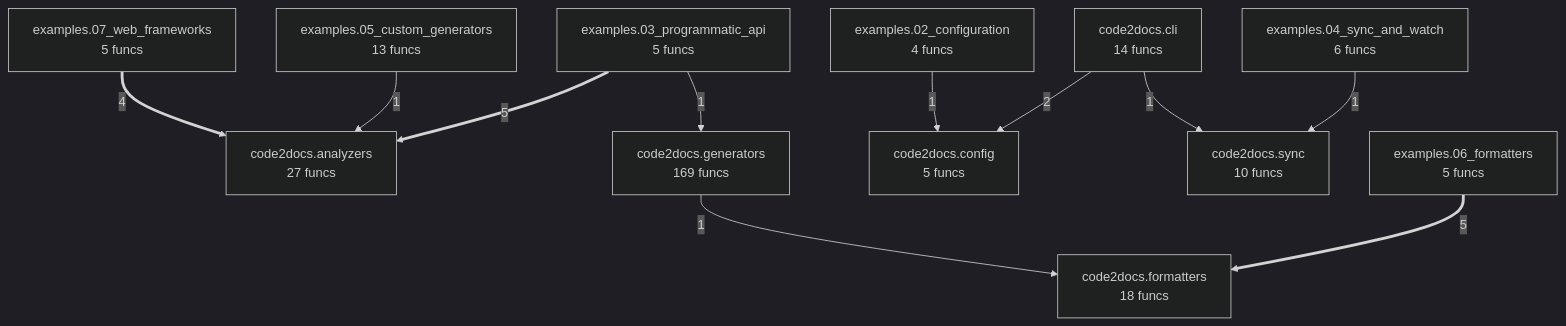
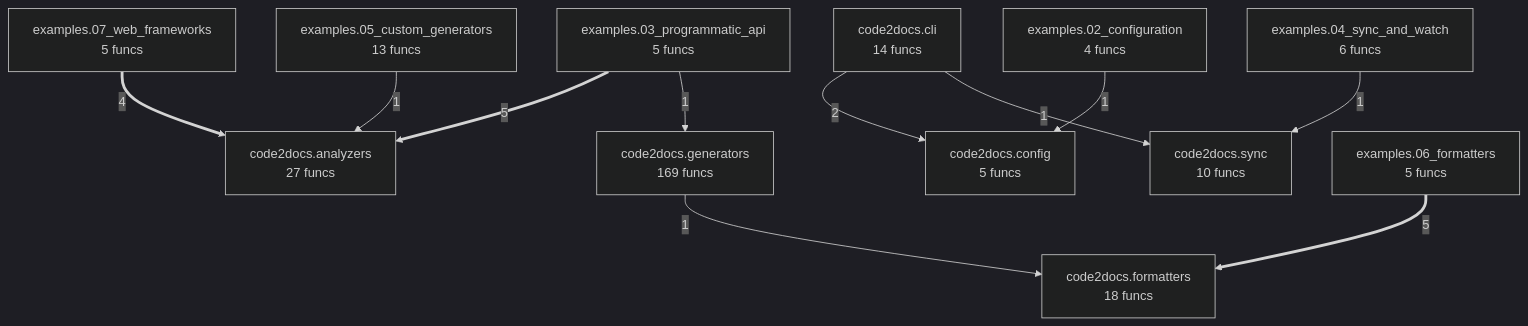
Before and after one commit to semcod/code2docs: the diagram in project/compact_flow.mmd, drawn with Mermaid (dark theme). The commit also changed other lines of this file and 49 other files, not shown here.

```diff
--- a/project/compact_flow.mmd
+++ b/project/compact_flow.mmd
@@ -1,23 +1,23 @@
 flowchart TD
     code2docs__analyzers["code2docs.analyzers<br/>27 funcs"]
     code2docs__cli["code2docs.cli<br/>14 funcs"]
     code2docs__config["code2docs.config<br/>5 funcs"]
     code2docs__formatters["code2docs.formatters<br/>18 funcs"]
     code2docs__generators["code2docs.generators<br/>169 funcs"]
     code2docs__sync["code2docs.sync<br/>10 funcs"]
     examples__02_configuration["examples.02_configuration<br/>4 funcs"]
     examples__03_programmatic_api["examples.03_programmatic_api<br/>5 funcs"]
     examples__04_sync_and_watch["examples.04_sync_and_watch<br/>6 funcs"]
     examples__05_custom_generators["examples.05_custom_generators<br/>13 funcs"]
     examples__06_formatters["examples.06_formatters<br/>5 funcs"]
     examples__07_web_frameworks["examples.07_web_frameworks<br/>5 funcs"]
     examples__06_formatters ==>|5| code2docs__formatters
     examples__03_programmatic_api ==>|5| code2docs__analyzers
     examples__07_web_frameworks ==>|4| code2docs__analyzers
     code2docs__cli -->|2| code2docs__config
     code2docs__generators -->|1| code2docs__formatters
+    code2docs__cli -->|1| code2docs__sync
     examples__04_sync_and_watch -->|1| code2docs__sync
-    code2docs__cli -->|1| code2docs__sync
     examples__05_custom_generators -->|1| code2docs__analyzers
     examples__03_programmatic_api -->|1| code2docs__generators
     examples__02_configuration -->|1| code2docs__config
```
